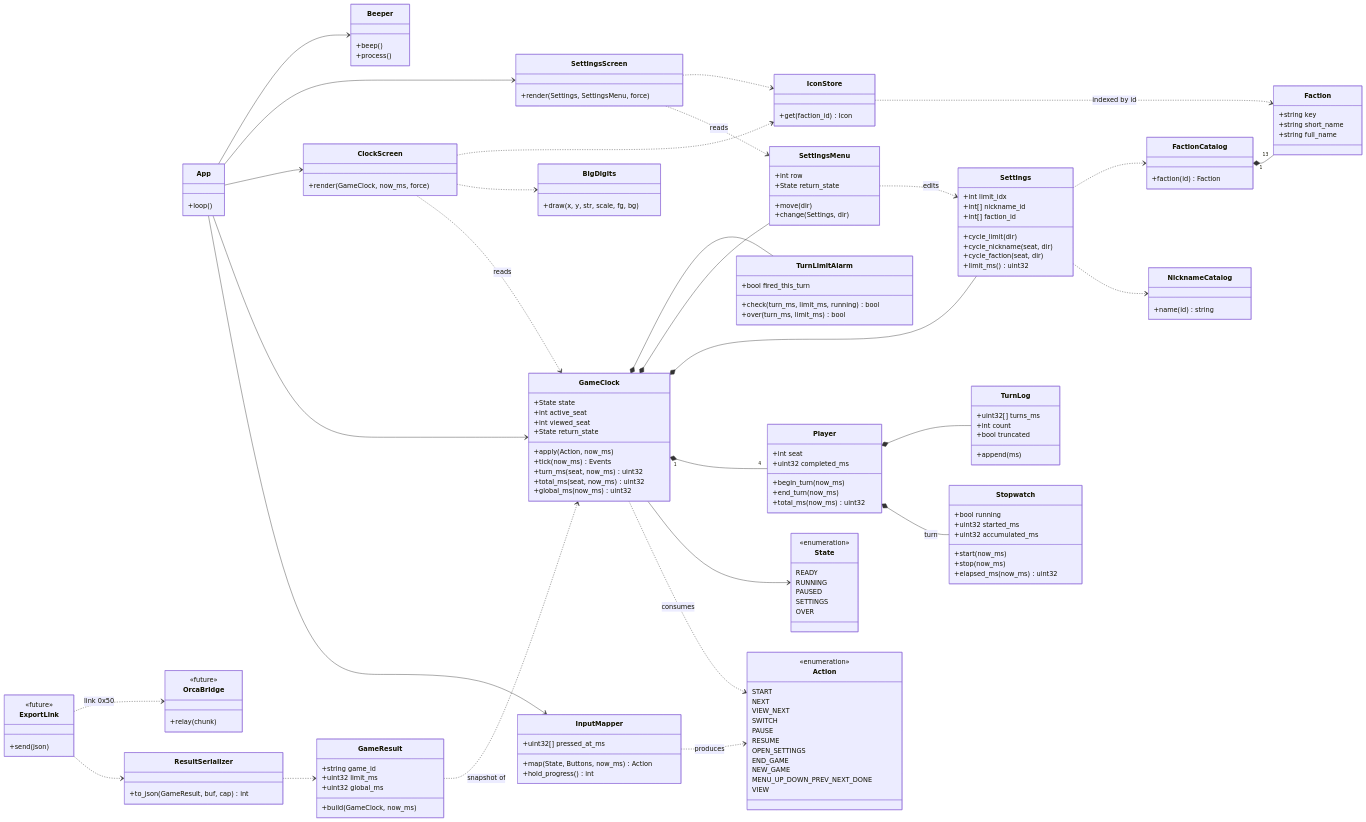
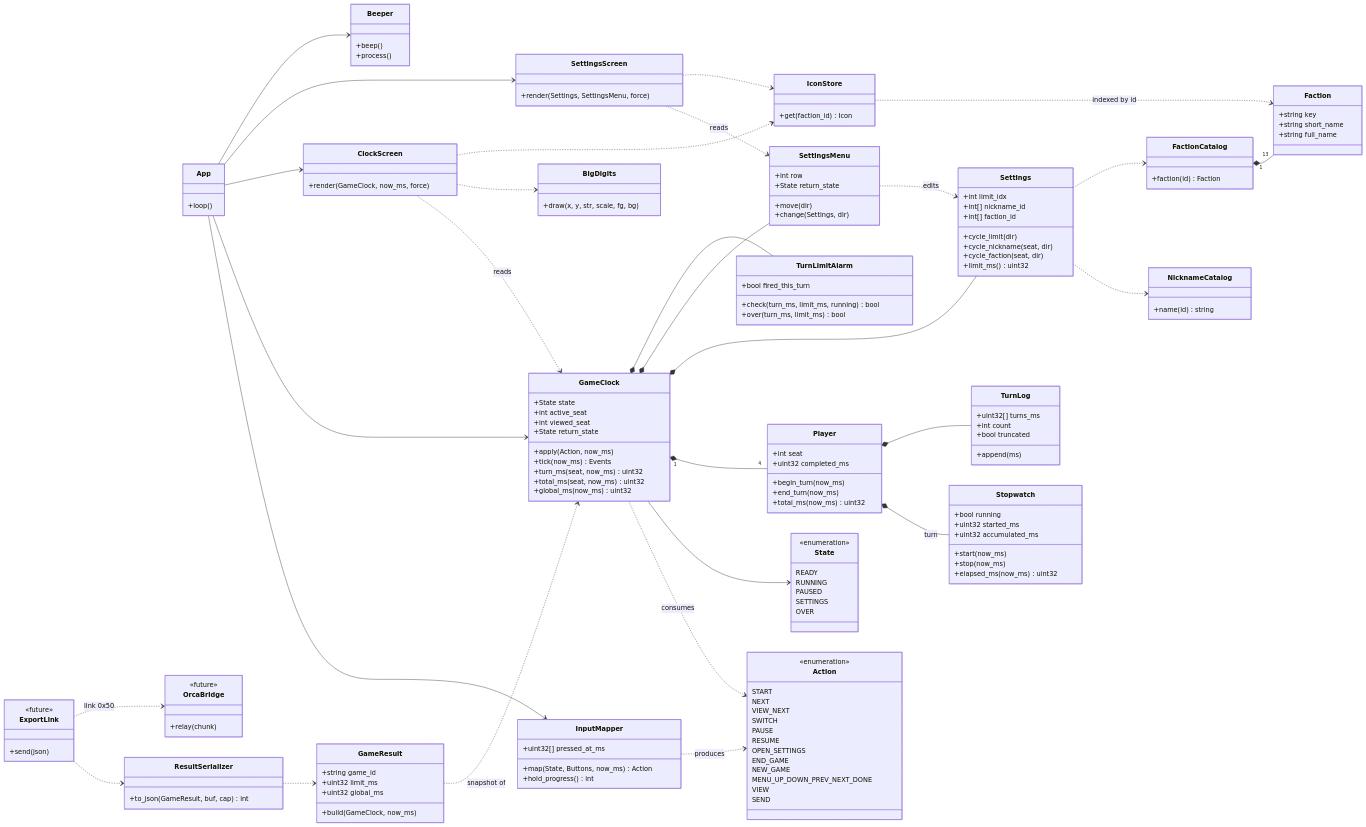
One commit to alessandrofelici/hardware-playground changed the first of 2 diagrams in documents/03-object-model.md. Above: the diagram before and after it, drawn with Mermaid. The commit also changed other lines of this file and 40 other files, not shown here.

```diff
--- a/documents/03-object-model.md
+++ b/documents/03-object-model.md
@@ -168,6 +169,7 @@
         NEW_GAME
         MENU_UP_DOWN_PREV_NEXT_DONE
         VIEW
+        SEND
     }
     class State {
         <<enumeration>>
```
